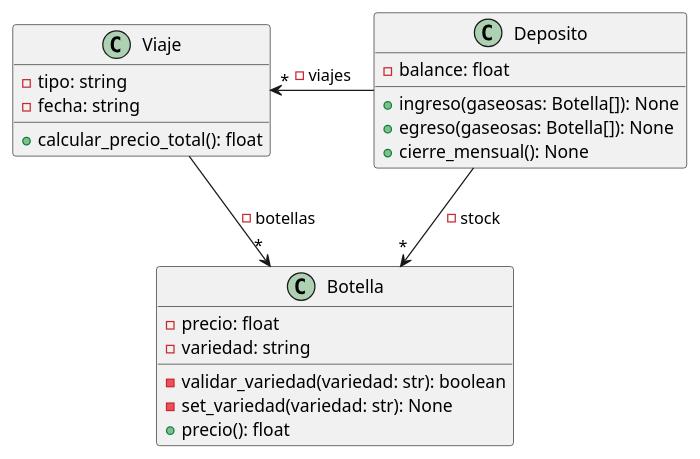
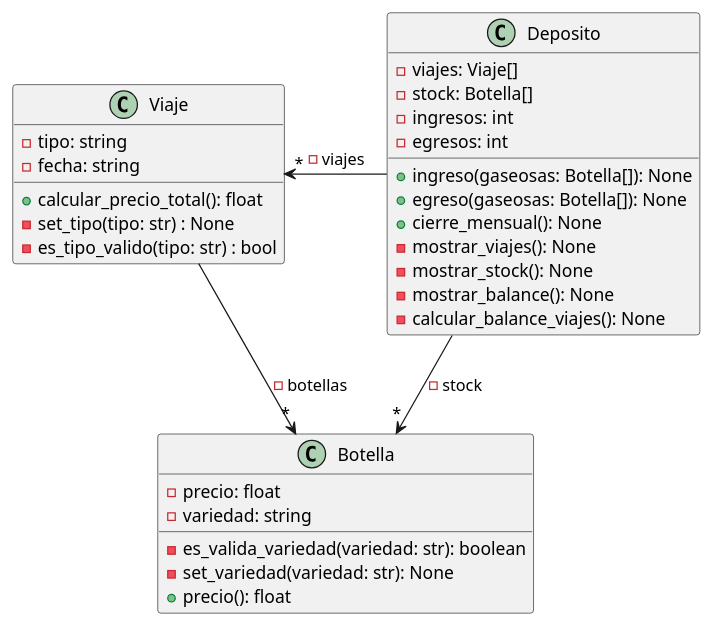
The diagram in Modulo2/TP/Diagrama.puml (lucasdaneloglu/curso_python_contatech_2022), drawn with PlantUML before and after one commit. The commit also changed 4 other files, not shown here.

```diff
--- a/Modulo2/TP/Diagrama.puml
+++ b/Modulo2/TP/Diagrama.puml
@@ -1,29 +1,37 @@
 @startuml
 
 class Deposito {
-'    - stock: Botella[] equivalente a la flecha
-    - balance: float
+    - viajes: Viaje[]
+    - stock: Botella[]
+    - ingresos: int
+    - egresos: int
     + ingreso(gaseosas: Botella[]): None
     + egreso(gaseosas: Botella[]): None
     + cierre_mensual(): None
+    - mostrar_viajes(): None
+    - mostrar_stock(): None
+    - mostrar_balance(): None
+    - calcular_balance_viajes(): None
 }
 
 class Botella {
     - precio: float
     - variedad: string
-    - validar_variedad(variedad: str): boolean
+    - es_valida_variedad(variedad: str): boolean
     - set_variedad(variedad: str): None
     + precio(): float
 }
 
 class Viaje {
     - tipo: string
     - fecha: string
     + calcular_precio_total(): float
+    - set_tipo(tipo: str) : None
+    - es_tipo_valido(tipo: str) : bool
 }
 
 Deposito -->"*" Botella: - stock
 Deposito -left->"*" Viaje: - viajes
 Viaje -->"*" Botella: - botellas
 
 @enduml
```
